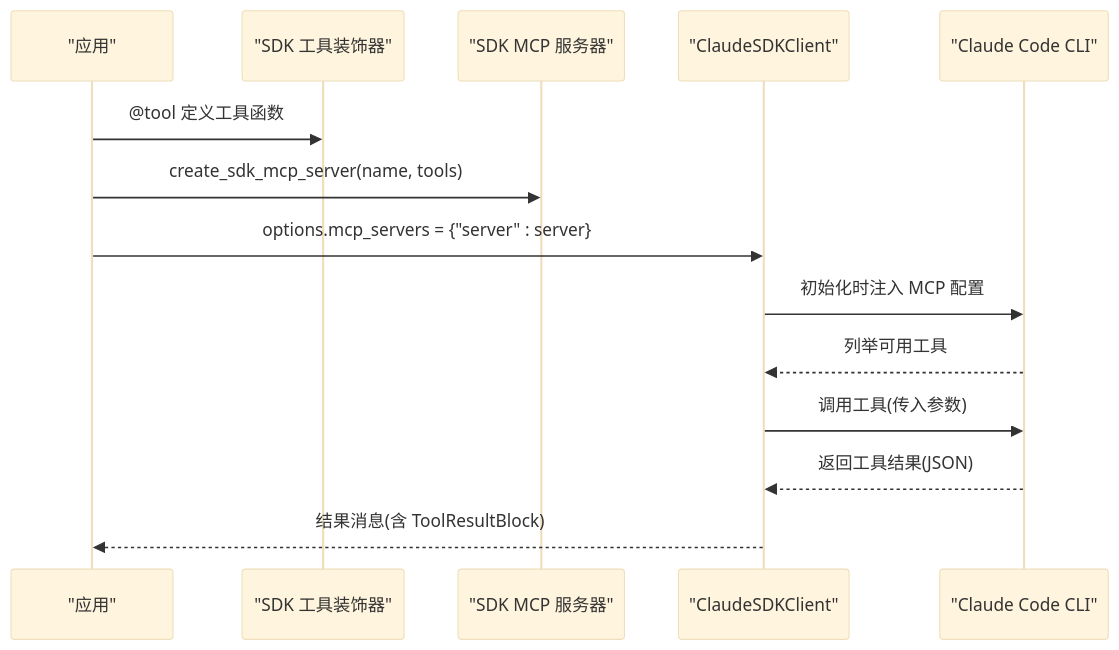
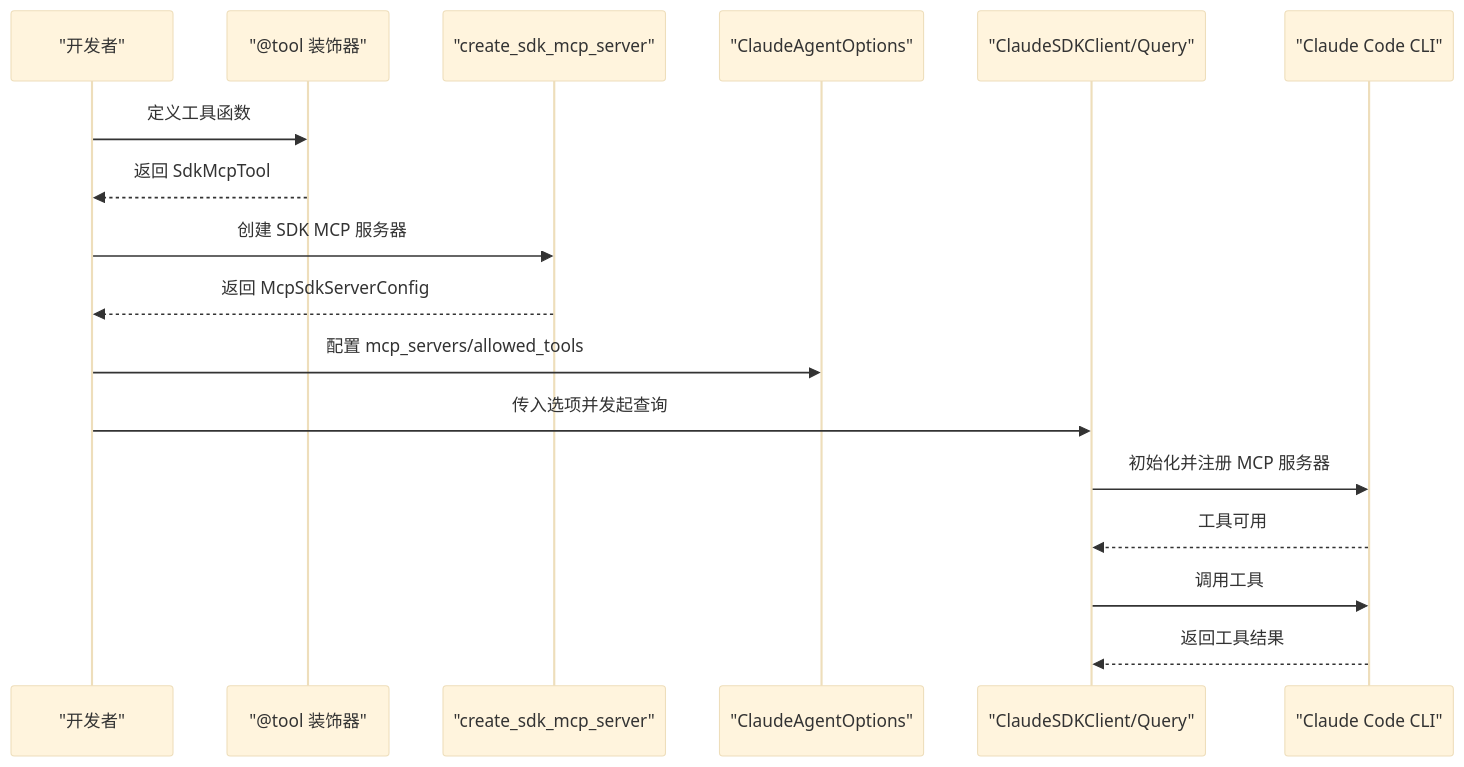
Before and after one commit to defulat-coder/claude-agent-sdk-python: the fifth of 8 diagrams in .qoder/repowiki/zh/content/项目概述.md, drawn with Mermaid (base theme). The commit also changed other lines of this file and 77 other files, not shown here.

````diff
--- a/.qoder/repowiki/zh/content/项目概述.md
+++ b/.qoder/repowiki/zh/content/项目概述.md
@@ -275,16 +223,19 @@
 ```mermaid
 sequenceDiagram
-participant App as "应用"
-participant SDK as "SDK 工具装饰器"
-participant Server as "SDK MCP 服务器"
-participant Client as "ClaudeSDKClient"
+participant Dev as "开发者"
+participant Tool as "@tool 装饰器"
+participant Server as "create_sdk_mcp_server"
+participant Options as "ClaudeAgentOptions"
+participant Client as "ClaudeSDKClient/Query"
 participant CLI as "Claude Code CLI"
-App->>SDK : @tool 定义工具函数
-App->>Server : create_sdk_mcp_server(name, tools)
-App->>Client : options.mcp_servers = {"server" : server}
-Client->>CLI : 初始化时注入 MCP 配置
-CLI-->>Client : 列举可用工具
-Client->>CLI : 调用工具(传入参数)
-CLI-->>Client : 返回工具结果(JSON)
-Client-->>App : 结果消息(含 ToolResultBlock)
+Dev->>Tool : 定义工具函数
+Tool-->>Dev : 返回 SdkMcpTool
+Dev->>Server : 创建 SDK MCP 服务器
+Server-->>Dev : 返回 McpSdkServerConfig
+Dev->>Options : 配置 mcp_servers/allowed_tools
+Dev->>Client : 传入选项并发起查询
+Client->>CLI : 初始化并注册 MCP 服务器
+CLI-->>Client : 工具可用
+Client->>CLI : 调用工具
+CLI-->>Client : 返回工具结果
 ```
````
